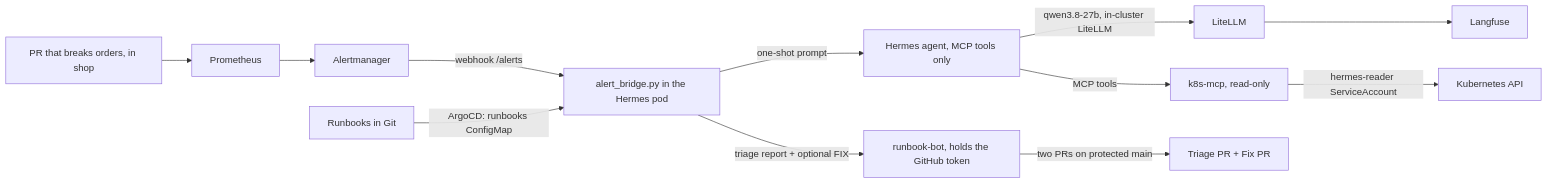
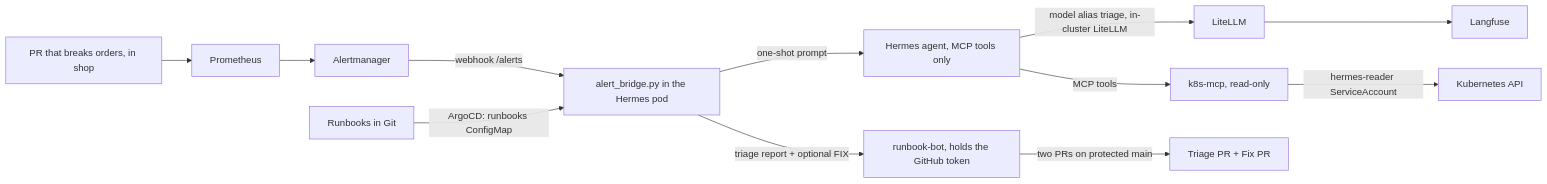
One commit to focuslight-nr/agentic-idp-packt changed the diagram in labs/03-hermes-triage/README.md. Above: the diagram before and after it, drawn with Mermaid. The commit also changed 9 other files, not shown here.

First line of the commit message:
feat(litellm): name the model alias triage instead of qwen3.8-27b (#15)

````diff
--- a/labs/03-hermes-triage/README.md
+++ b/labs/03-hermes-triage/README.md
@@ -13,14 +13,14 @@
 ```mermaid
 flowchart LR
     Scenario["PR that breaks orders, in shop"] --> Prometheus
     Prometheus --> Alertmanager
     Alertmanager -->|"webhook /alerts"| Bridge["alert_bridge.py in the Hermes pod"]
     Runbook["Runbooks in Git"] -->|"ArgoCD: runbooks ConfigMap"| Bridge
     Bridge -->|"one-shot prompt"| Hermes["Hermes agent, MCP tools only"]
-    Hermes -->|"qwen3.8-27b, in-cluster LiteLLM"| LiteLLM
+    Hermes -->|"model alias triage, in-cluster LiteLLM"| LiteLLM
     LiteLLM --> Langfuse
     Hermes -->|"MCP tools"| MCP["k8s-mcp, read-only"]
     MCP -->|"hermes-reader ServiceAccount"| API["Kubernetes API"]
     Bridge -->|"triage report + optional FIX"| Bot["runbook-bot, holds the GitHub token"]
     Bot -->|"two PRs on protected main"| PR["Triage PR + Fix PR"]
 ```
````
